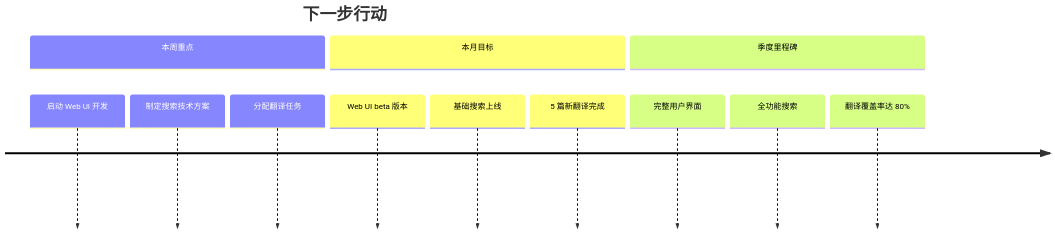
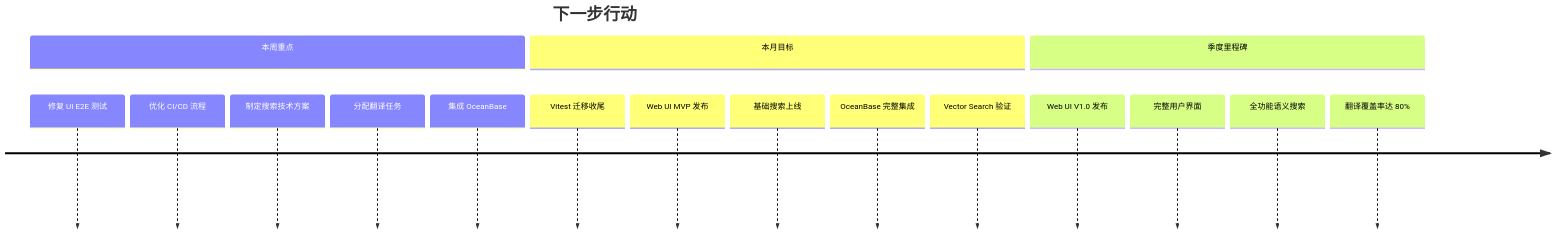
The third of 6 diagrams in docs/000-roadmap.md (ThreeFish-AI/agentic-ai-cognizes), drawn with Mermaid before and after one commit. The commit also changed other lines of this file and 1 other file, not shown here.

First line of the commit message:
docs(Documentation): 更新提示词和路线图文档;

````diff
--- a/docs/000-roadmap.md
+++ b/docs/000-roadmap.md
@@ -110,16 +111,21 @@
 ```mermaid
 timeline
     title 下一步行动
     section 本周重点
-        启动 Web UI 开发
+        修复 UI E2E 测试
+        优化 CI/CD 流程
         制定搜索技术方案
         分配翻译任务
+        集成 OceanBase
     section 本月目标
-        Web UI beta 版本
+        Vitest 迁移收尾
+        Web UI MVP 发布
         基础搜索上线
-        5 篇新翻译完成
+        OceanBase 完整集成
+        Vector Search 验证
     section 季度里程碑
+        Web UI V1.0 发布
         完整用户界面
-        全功能搜索
+        全功能语义搜索
         翻译覆盖率达 80%
 ```
````
